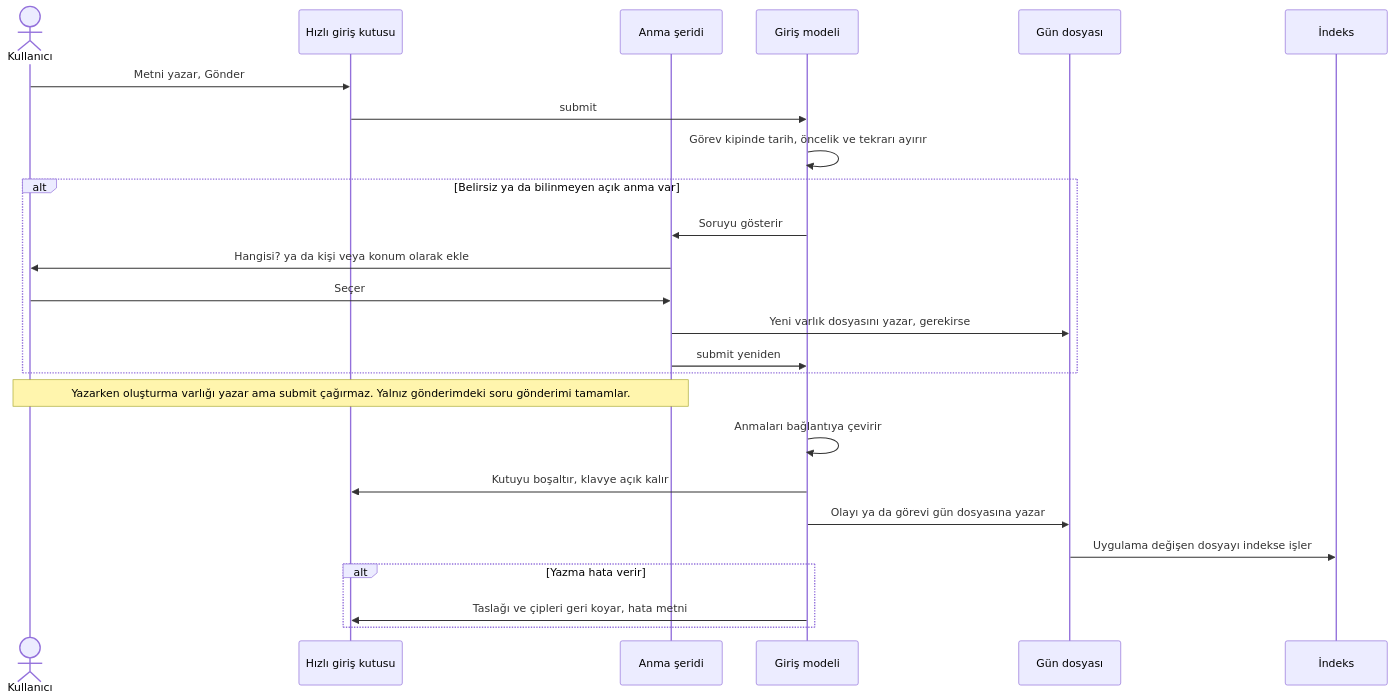
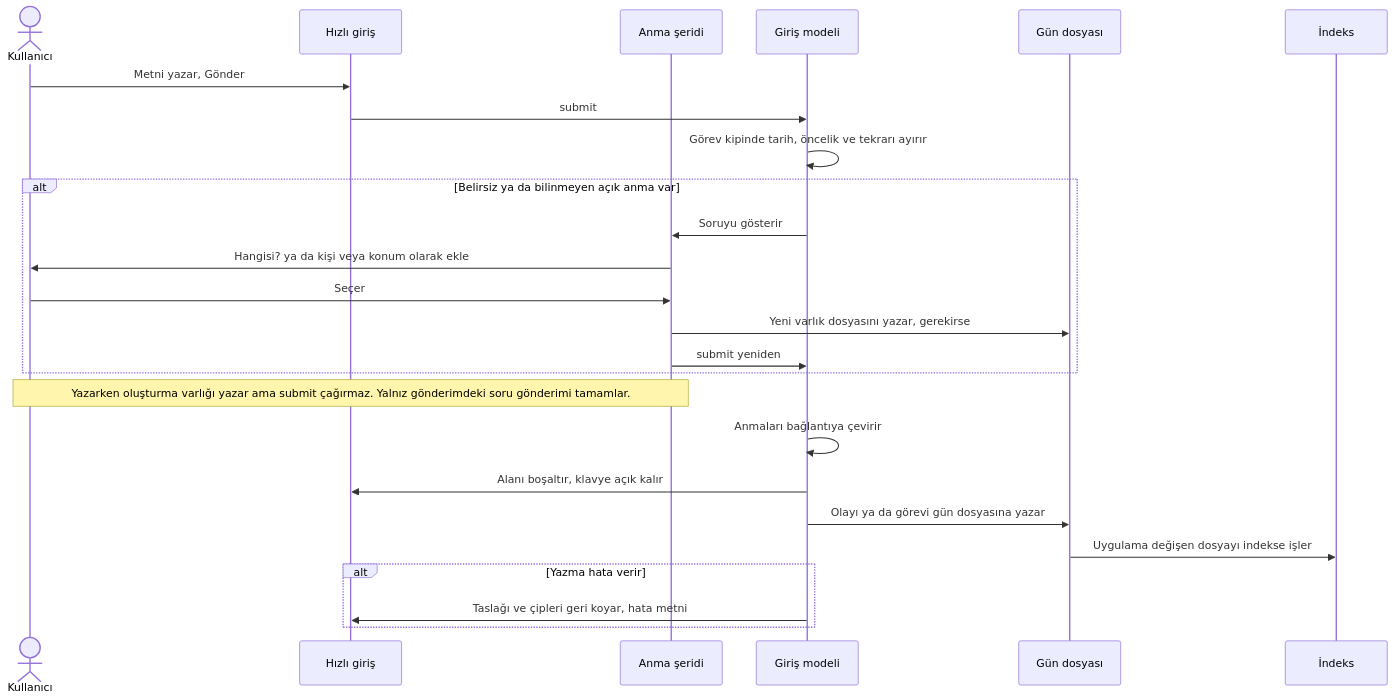
Before and after one commit to dogancanyildiz/kenet: the sixth of 19 diagrams in docs/screens.md, drawn with Mermaid. The commit also changed other lines of this file and 5 other files, not shown here.

````diff
--- a/docs/screens.md
+++ b/docs/screens.md
@@ -409,27 +409,27 @@
 ```mermaid
 sequenceDiagram
     actor Kullanici as Kullanıcı
-    participant Kutu as Hızlı giriş kutusu
+    participant Kutu as Hızlı giriş
     participant Serit as Anma şeridi
     participant Model as Giriş modeli
     participant Kasa as Gün dosyası
     participant Indeks as İndeks
     Kullanici->>Kutu: Metni yazar, Gönder
     Kutu->>Model: submit
     Model->>Model: Görev kipinde tarih, öncelik ve tekrarı ayırır
     alt Belirsiz ya da bilinmeyen açık anma var
         Model->>Serit: Soruyu gösterir
         Serit->>Kullanici: Hangisi? ya da kişi veya konum olarak ekle
         Kullanici->>Serit: Seçer
         Serit->>Kasa: Yeni varlık dosyasını yazar, gerekirse
         Serit->>Model: submit yeniden
     end
     Note over Kullanici,Serit: Yazarken oluşturma varlığı yazar ama submit çağırmaz. Yalnız gönderimdeki soru gönderimi tamamlar.
     Model->>Model: Anmaları bağlantıya çevirir
-    Model->>Kutu: Kutuyu boşaltır, klavye açık kalır
+    Model->>Kutu: Alanı boşaltır, klavye açık kalır
     Model->>Kasa: Olayı ya da görevi gün dosyasına yazar
     Kasa->>Indeks: Uygulama değişen dosyayı indekse işler
     alt Yazma hata verir
         Model->>Kutu: Taslağı ve çipleri geri koyar, hata metni
     end
 ```
````
